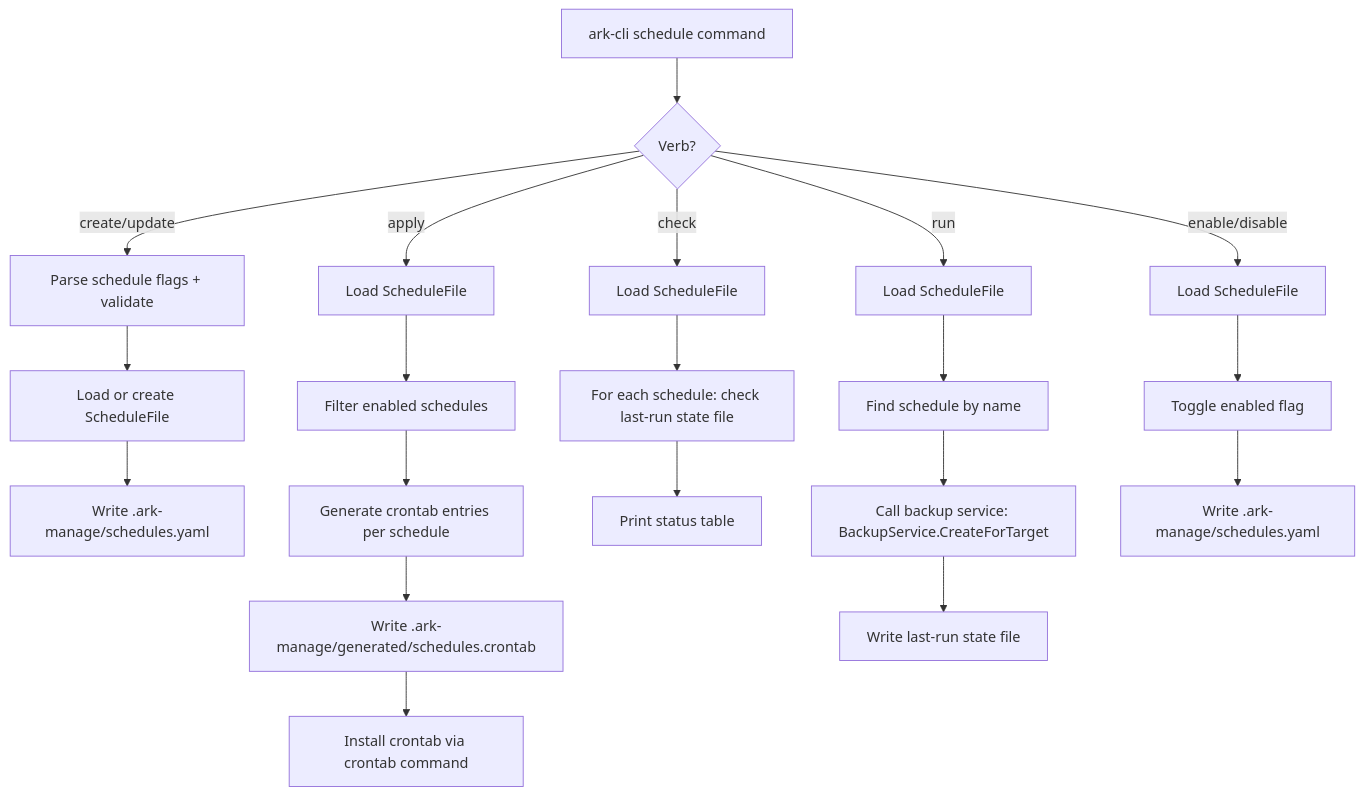
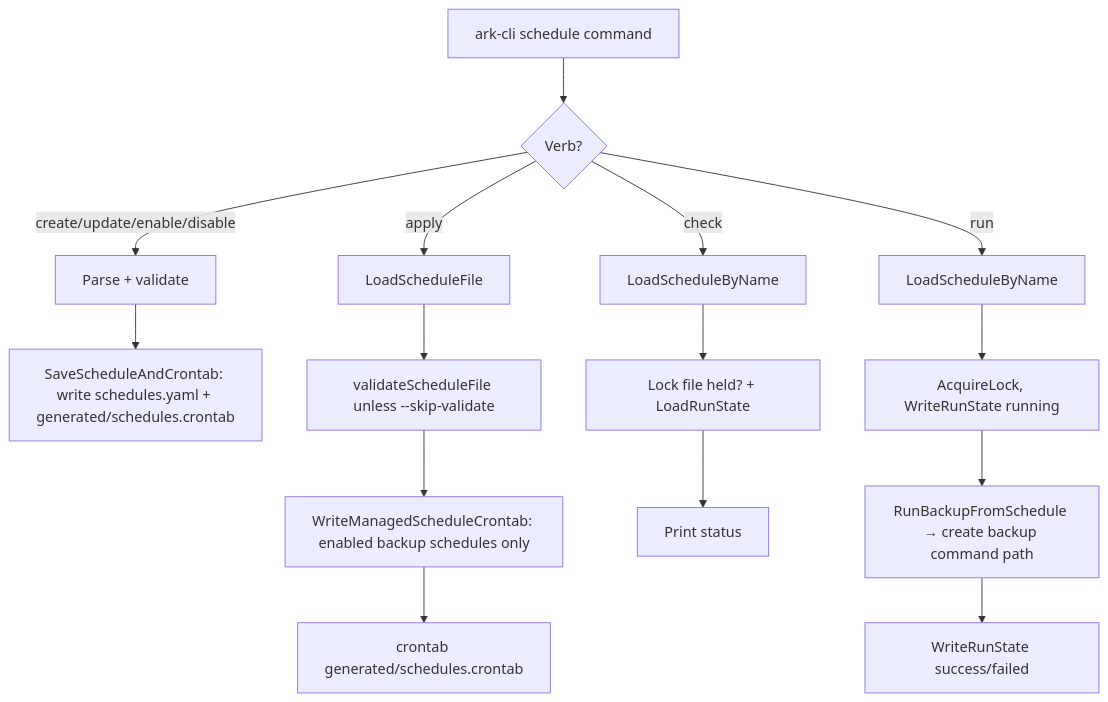
Before and after one commit to bryanwieg/arkascended-server: the tenth of 12 diagrams in docs/dev/reference/runtime-call-graph.md, drawn with Mermaid. The commit also changed other lines of this file and 38 other files, not shown here.

````diff
--- a/docs/dev/reference/runtime-call-graph.md
+++ b/docs/dev/reference/runtime-call-graph.md
@@ -252,27 +274,21 @@
 ```mermaid
 flowchart TD
     A[ark-cli schedule command] --> B{Verb?}
 
-    B -- create/update --> C[Parse schedule flags + validate]
-    C --> D[Load or create ScheduleFile]
-    D --> E[Write .ark-manage/schedules.yaml]
+    B -->|"create/update/enable/disable"| C[Parse + validate]
+    C --> E[SaveScheduleAndCrontab: write schedules.yaml + generated/schedules.crontab]
 
-    B -- apply --> F[Load ScheduleFile]
-    F --> G[Filter enabled schedules]
-    G --> H[Generate crontab entries per schedule]
-    H --> I[Write .ark-manage/generated/schedules.crontab]
-    I --> J[Install crontab via crontab command]
+    B -->|"apply"| F[LoadScheduleFile]
+    F --> G[validateScheduleFile unless --skip-validate]
+    G --> H[WriteManagedScheduleCrontab: enabled backup schedules only]
+    H --> J[crontab generated/schedules.crontab]
 
-    B -- check --> K[Load ScheduleFile]
-    K --> L[For each schedule: check last-run state file]
-    L --> M[Print status table]
+    B -->|"check"| K[LoadScheduleByName]
+    K --> L[Lock file held? + LoadRunState]
+    L --> M[Print status]
 
-    B -- run --> N[Load ScheduleFile]
-    N --> O[Find schedule by name]
-    O --> P[Call backup service: BackupService.CreateForTarget]
-    P --> Q[Write last-run state file]
-
-    B -- enable/disable --> R[Load ScheduleFile]
-    R --> S[Toggle enabled flag]
-    S --> T[Write .ark-manage/schedules.yaml]
+    B -->|"run"| N[LoadScheduleByName]
+    N --> O[AcquireLock, WriteRunState running]
+    O --> P[RunBackupFromSchedule → create backup command path]
+    P --> Q[WriteRunState success/failed]
 ```
````
